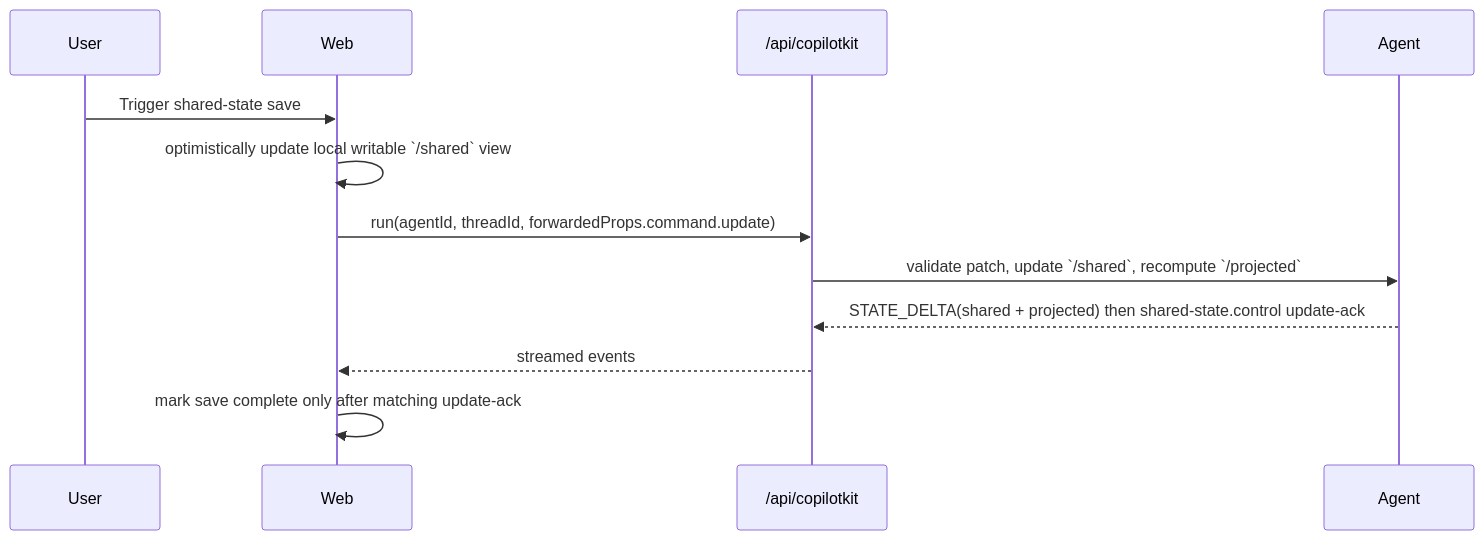
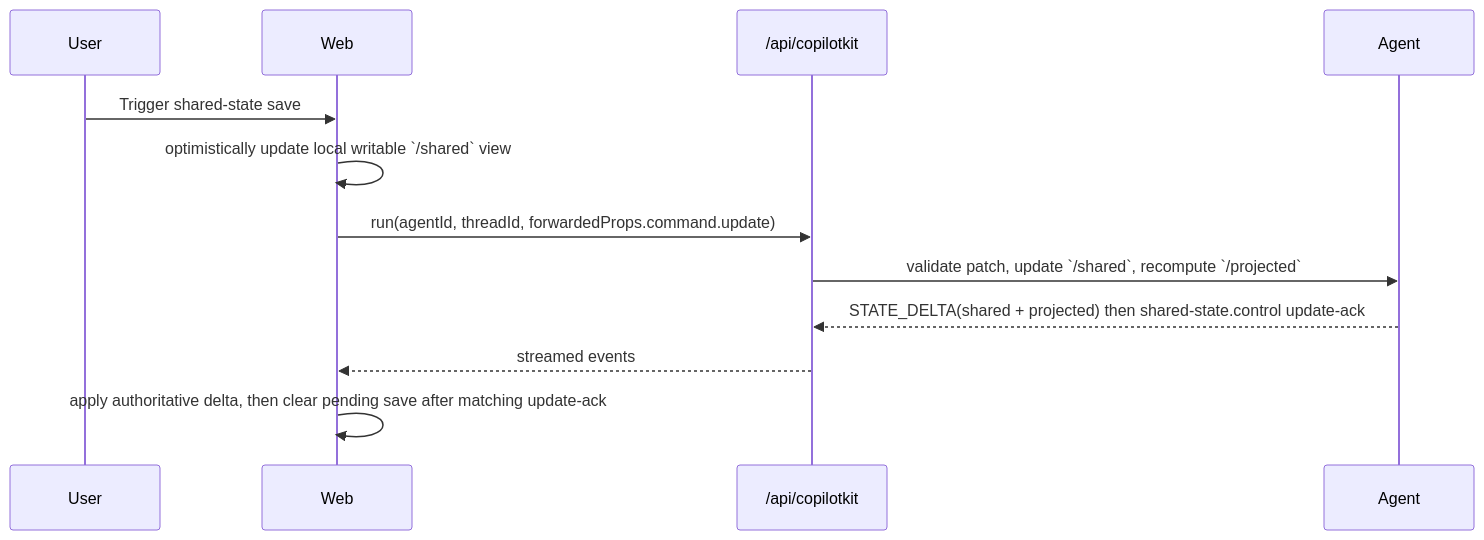
Before and after one commit to EmberAGI/arbitrum-vibekit: the sixth of 6 diagrams in typescript/clients/web-ag-ui/docs/c4-target-architecture-web-ag-ui-agents.md, drawn with Mermaid. The commit also changed other lines of this file and 19 other files, not shown here.

````diff
--- a/typescript/clients/web-ag-ui/docs/c4-target-architecture-web-ag-ui-agents.md
+++ b/typescript/clients/web-ag-ui/docs/c4-target-architecture-web-ag-ui-agents.md
@@ -288,15 +288,15 @@
 ```mermaid
 sequenceDiagram
   participant User
   participant Web
   participant Runtime as /api/copilotkit
   participant Agent
 
   User->>Web: Trigger shared-state save
   Web->>Web: optimistically update local writable `/shared` view
   Web->>Runtime: run(agentId, threadId, forwardedProps.command.update)
   Runtime->>Agent: validate patch, update `/shared`, recompute `/projected`
   Agent-->>Runtime: STATE_DELTA(shared + projected) then shared-state.control update-ack
   Runtime-->>Web: streamed events
-  Web->>Web: mark save complete only after matching update-ack
+  Web->>Web: apply authoritative delta, then clear pending save after matching update-ack
 ```
````
